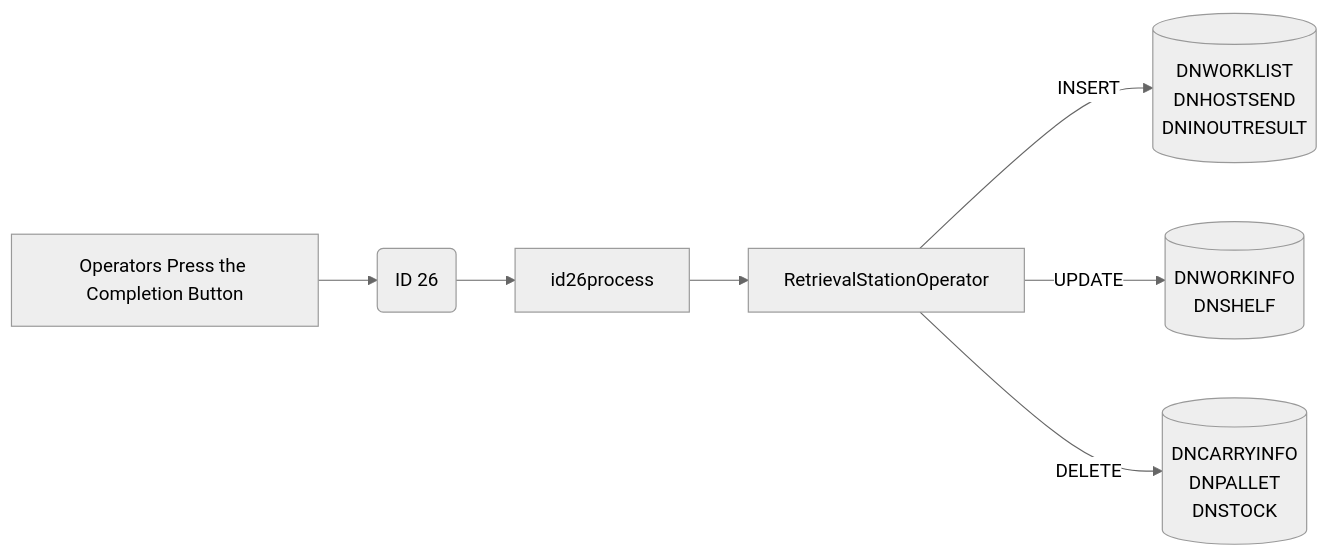
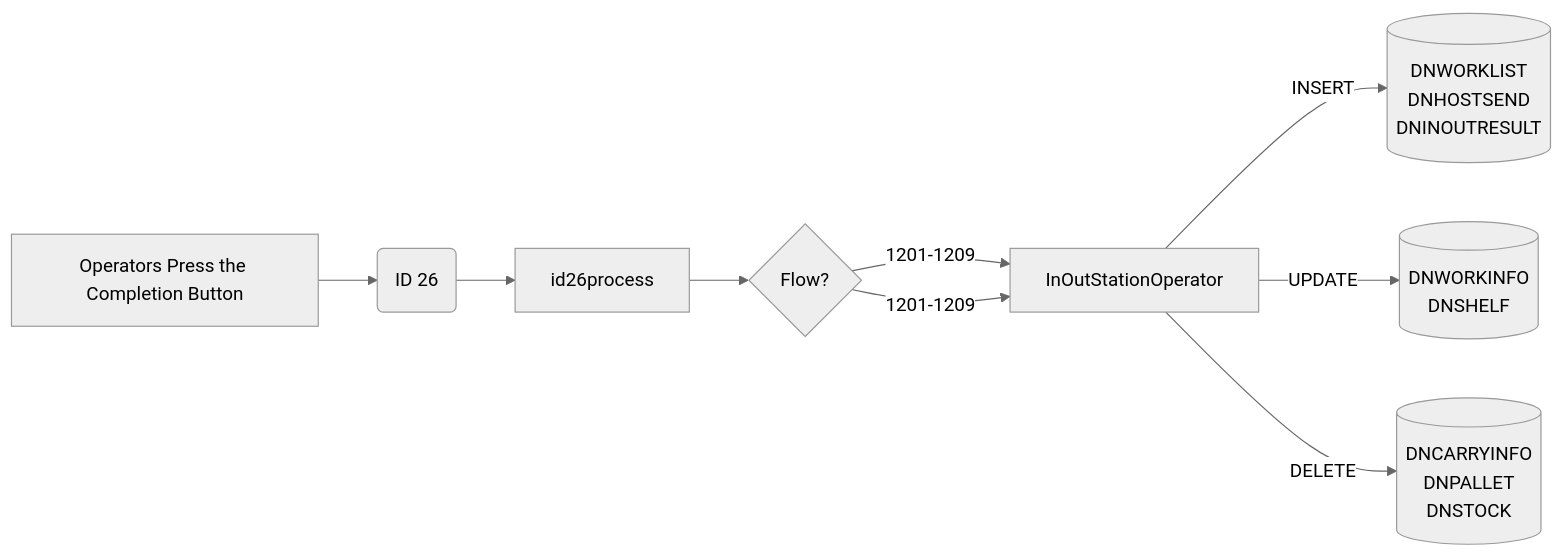
Before and after one commit to luthfiadityaa/SimeDarby-Wiki: diagram 19 of 19 in Basic-Design/DFD-WMS/Retrieval/Specific-Location-Retrieval-Setting.md, drawn with Mermaid (neutral theme).

Commit message:
Updated Specific Location Retrieval Setting

```diff
--- a/Basic-Design/DFD-WMS/Retrieval/Specific-Location-Retrieval-Setting.md
+++ b/Basic-Design/DFD-WMS/Retrieval/Specific-Location-Retrieval-Setting.md
@@ -834,40 +834,42 @@
 ::: mermaid
 flowchart LR
 
 buttonclicked["
 Operators Press the Completion Button
 "]
 
 id26msg("
 ID 26
 ")
 
 id26-update[("
 DNWORKINFO
 DNSHELF
 ")]
 
 id26-delete[("
 DNCARRYINFO
 DNPALLET
 DNSTOCK
 ")]
 
 id26-insert[("
 DNWORKLIST
 DNHOSTSEND
 DNINOUTRESULT
 ")]
 
 id26process[id26process]
 retrievaloperator[RetrievalStationOperator]
+retrievaloperator[InOutStationOperator]
 
 
 buttonclicked --> id26msg
-id26msg -->id26process
-id26process-->retrievaloperator
+id26msg -->id26process-->Cond1{Flow?}
+Cond1{Flow?} --> |1201-1209| retrievaloperator
+Cond1{Flow?} --> |1201-1209| retrievaloperator
 
 retrievaloperator--> |INSERT| id26-insert
 retrievaloperator--> |UPDATE| id26-update
 retrievaloperator--> |DELETE| id26-delete
 :::
```
